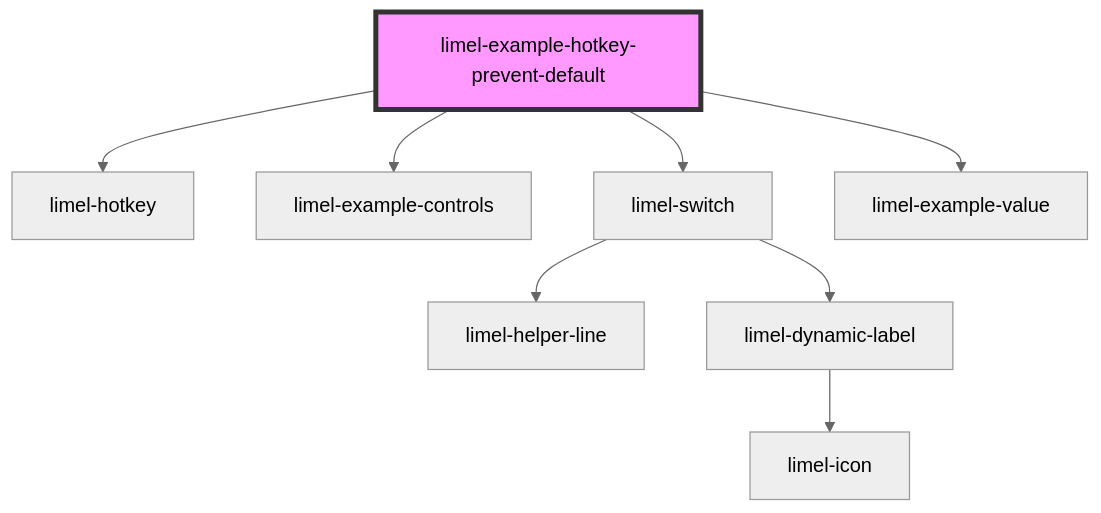
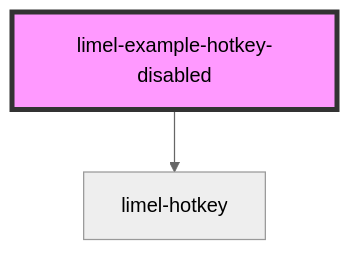
One commit to Lundalogik/lime-elements changed the diagram in versions/PR-3915/markdown-docs/components/hotkey/examples/readme.md. Above: the diagram before and after it, drawn with Mermaid (neutral theme). The commit also changed other lines of this file and 534 other files, not shown here.

````diff
--- a/versions/PR-3915/markdown-docs/components/hotkey/examples/readme.md
+++ b/versions/PR-3915/markdown-docs/components/hotkey/examples/readme.md
@@ -33,11 +20,5 @@
 ```mermaid
 graph TD;
-  limel-example-hotkey-prevent-default --> limel-hotkey
-  limel-example-hotkey-prevent-default --> limel-example-controls
-  limel-example-hotkey-prevent-default --> limel-switch
-  limel-example-hotkey-prevent-default --> limel-example-value
-  limel-switch --> limel-helper-line
-  limel-switch --> limel-dynamic-label
-  limel-dynamic-label --> limel-icon
-  style limel-example-hotkey-prevent-default fill:#f9f,stroke:#333,stroke-width:4px
+  limel-example-hotkey-disabled --> limel-hotkey
+  style limel-example-hotkey-disabled fill:#f9f,stroke:#333,stroke-width:4px
 ```
````
